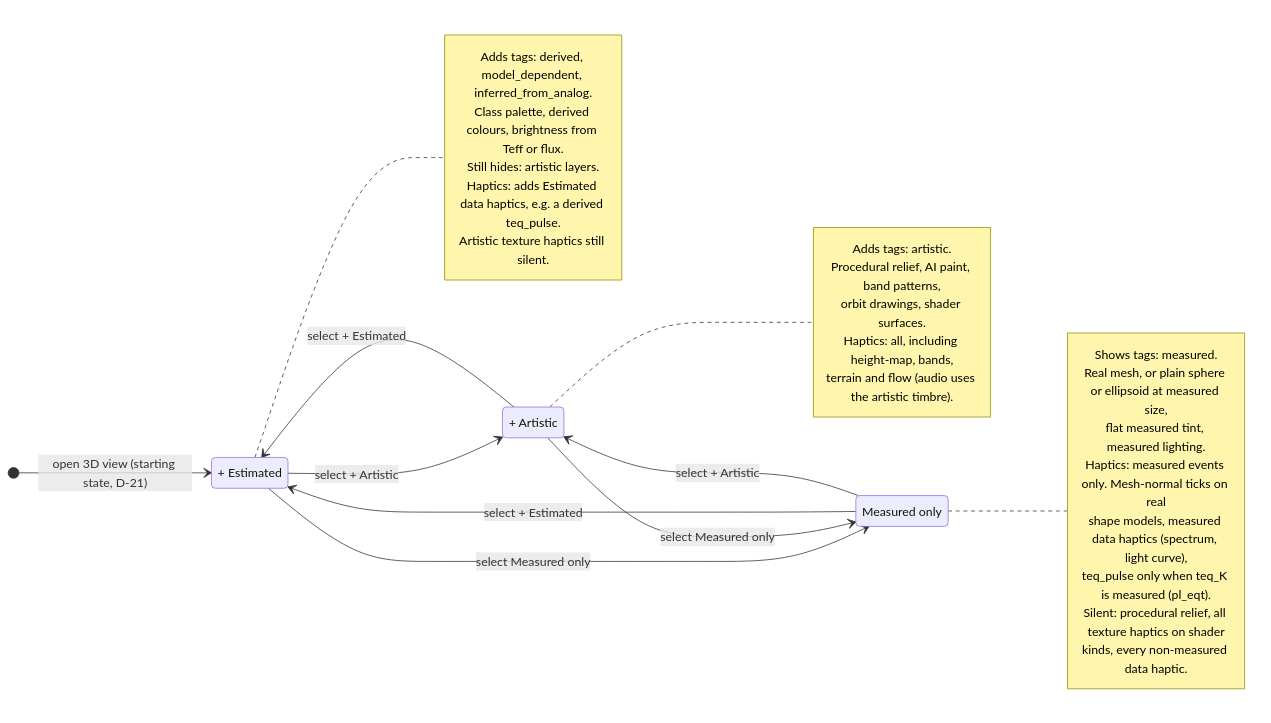
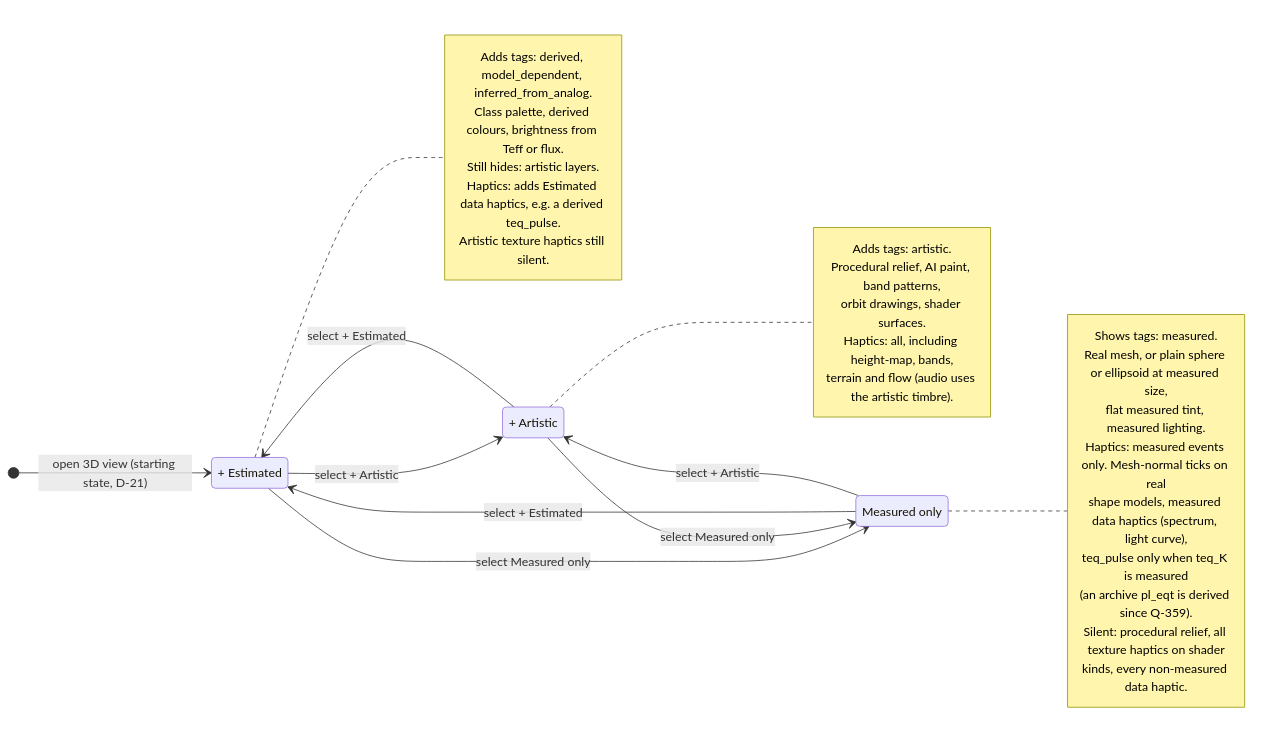
Before and after one commit to 0ffrian/SphereX: the diagram in docs/uml/14-state-honesty.md, drawn with Mermaid. The commit also changed 28 other files, not shown here.

````diff
--- a/docs/uml/14-state-honesty.md
+++ b/docs/uml/14-state-honesty.md
@@ -5,43 +5,44 @@
 ```mermaid
 stateDiagram-v2
   direction LR
   [*] --> PlusEstimated : open 3D view (starting state, D-21)
 
   MeasuredOnly --> PlusEstimated : select + Estimated
   PlusEstimated --> PlusArtistic : select + Artistic
   PlusArtistic --> PlusEstimated : select + Estimated
   PlusEstimated --> MeasuredOnly : select Measured only
   MeasuredOnly --> PlusArtistic : select + Artistic
   PlusArtistic --> MeasuredOnly : select Measured only
 
   state "Measured only" as MeasuredOnly
   state "+ Estimated" as PlusEstimated
   state "+ Artistic" as PlusArtistic
 
   note right of MeasuredOnly
     Shows tags: measured.
     Real mesh, or plain sphere or ellipsoid at measured size,
     flat measured tint, measured lighting.
     Haptics: measured events only. Mesh-normal ticks on real
     shape models, measured data haptics (spectrum, light curve),
-    teq_pulse only when teq_K is measured (pl_eqt).
+    teq_pulse only when teq_K is measured
+    (an archive pl_eqt is derived since Q-359).
     Silent: procedural relief, all texture haptics on shader
     kinds, every non-measured data haptic.
   end note
 
   note right of PlusEstimated
     Adds tags: derived, model_dependent, inferred_from_analog.
     Class palette, derived colours, brightness from Teff or flux.
     Still hides: artistic layers.
     Haptics: adds Estimated data haptics, e.g. a derived teq_pulse.
     Artistic texture haptics still silent.
   end note
 
   note right of PlusArtistic
     Adds tags: artistic.
     Procedural relief, AI paint, band patterns,
     orbit drawings, shader surfaces.
     Haptics: all, including height-map, bands,
     terrain and flow (audio uses the artistic timbre).
   end note
 ```
````
